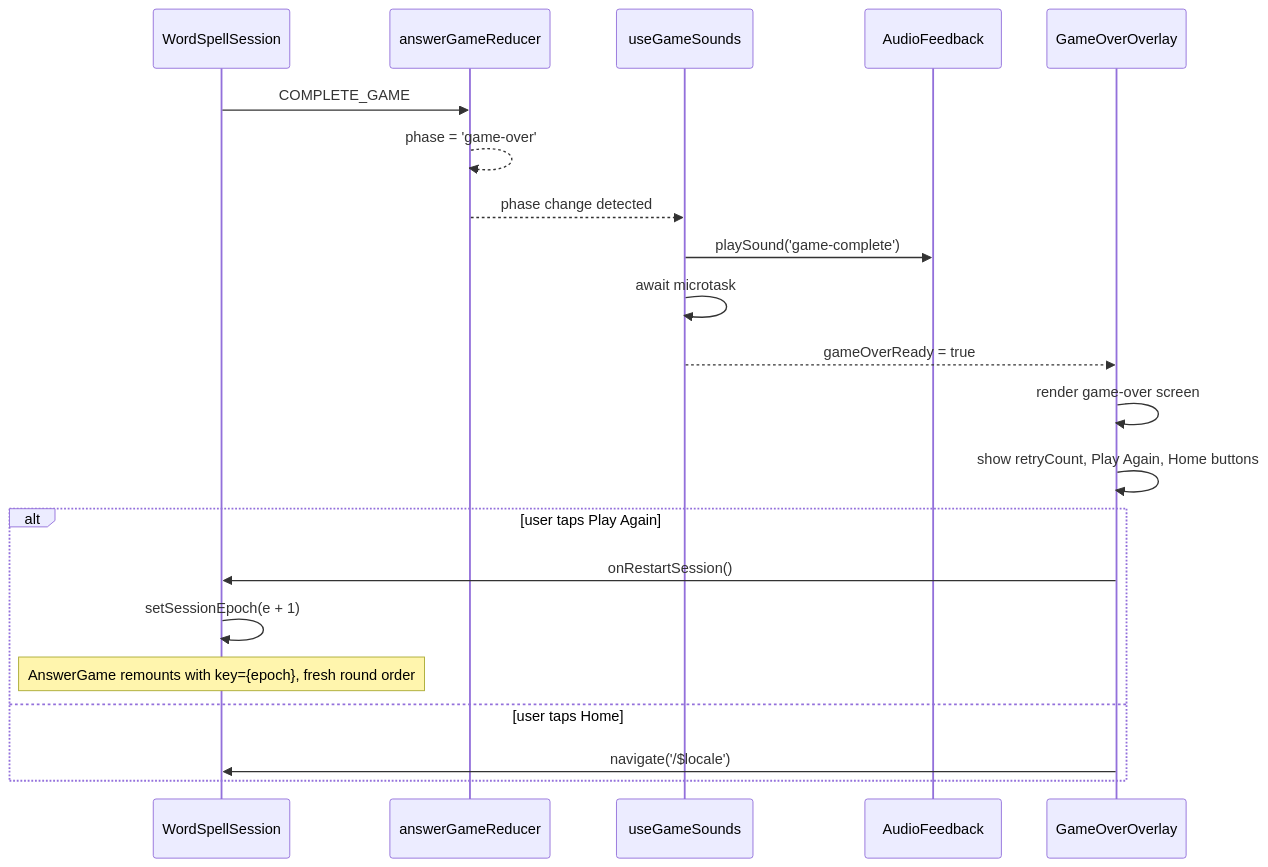
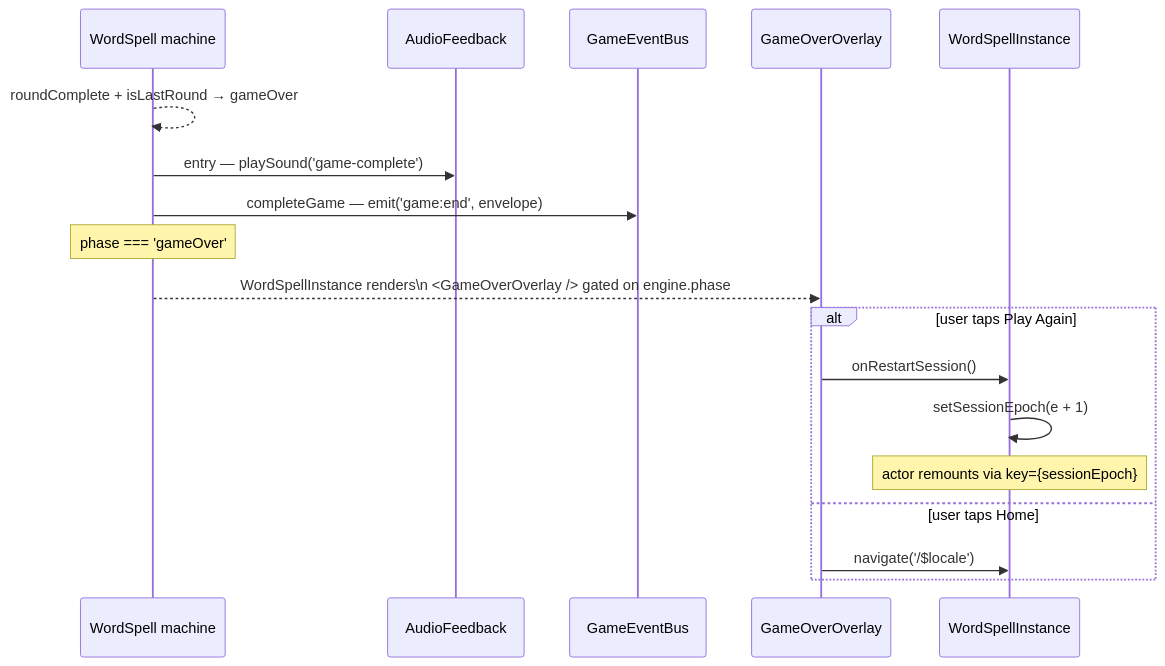
The fourth of 6 diagrams in src/games/word-spell/WordSpell/WordSpell.flows.mdx (leocaseiro/base-skill), drawn with Mermaid before and after one commit. The commit also changed other lines of this file and 3 other files, not shown here.

First line of the commit message:
docs(arch): document WordSpell + SortNumbers XState machines

````diff
--- a/src/games/word-spell/WordSpell/WordSpell.flows.mdx
+++ b/src/games/word-spell/WordSpell/WordSpell.flows.mdx
@@ -155,26 +143,22 @@
 ```mermaid
 sequenceDiagram
-  participant WS as WordSpellSession
-  participant Reducer as answerGameReducer
-  participant GS as useGameSounds
+  participant Engine as WordSpell machine
   participant Audio as AudioFeedback
+  participant Bus as GameEventBus
   participant Overlay as GameOverOverlay
 
-  WS->>Reducer: COMPLETE_GAME
-  Reducer-->>Reducer: phase = 'game-over'
-  Reducer-->>GS: phase change detected
+  Engine-->>Engine: roundComplete + isLastRound → gameOver
+  Engine->>Audio: entry — playSound('game-complete')
+  Engine->>Bus: completeGame — emit('game:end', envelope)
 
-  GS->>Audio: playSound('game-complete')
-  GS->>GS: await microtask
-  GS-->>Overlay: gameOverReady = true
-  Overlay->>Overlay: render game-over screen
-  Overlay->>Overlay: show retryCount, Play Again, Home buttons
+  Note over Engine: phase === 'gameOver'
+  Engine-->>Overlay: WordSpellInstance renders\n  <GameOverOverlay /> gated on engine.phase
 
   alt user taps Play Again
-    Overlay->>WS: onRestartSession()
-    WS->>WS: setSessionEpoch(e + 1)
-    Note over WS: AnswerGame remounts with key={epoch}, fresh round order
+    Overlay->>WordSpellInstance: onRestartSession()
+    WordSpellInstance->>WordSpellInstance: setSessionEpoch(e + 1)
+    Note over WordSpellInstance: actor remounts via key={sessionEpoch}
   else user taps Home
-    Overlay->>WS: navigate('/$locale')
+    Overlay->>WordSpellInstance: navigate('/$locale')
   end
 ```
````
